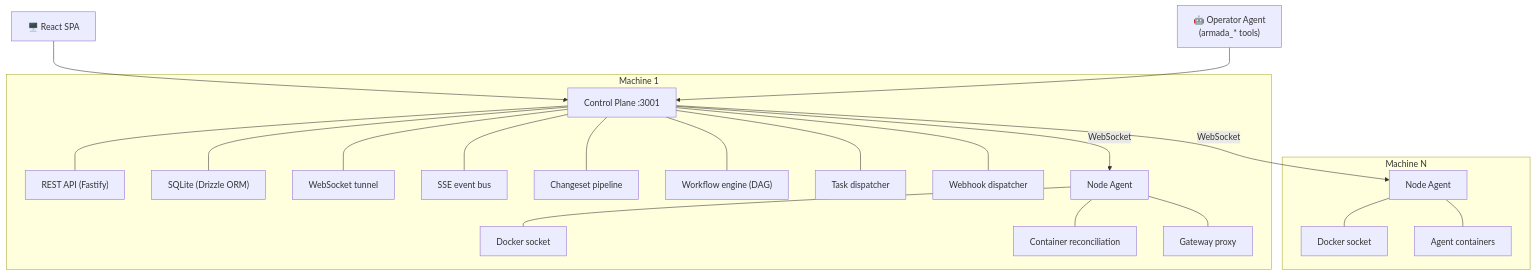
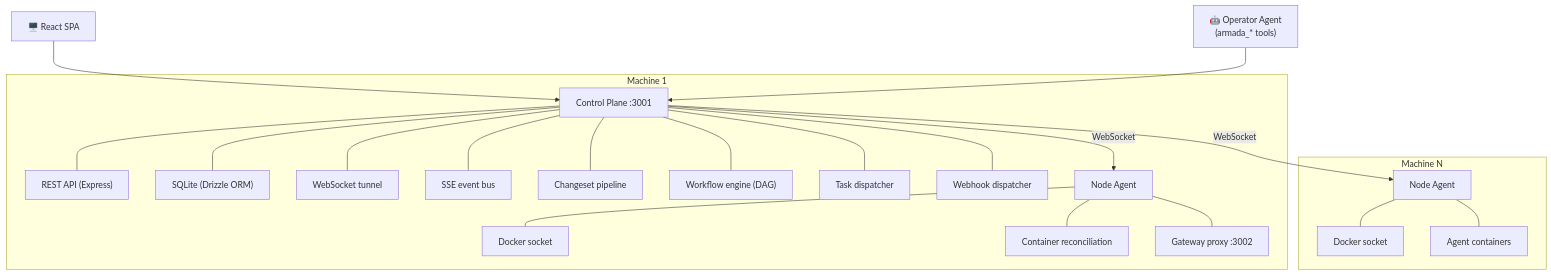
Before and after one commit to coderage-labs/armada: the diagram in docs/README.md, drawn with Mermaid. The commit also changed other lines of this file and 5 other files, not shown here.

First line of the commit message:
docs: fix inaccurate architecture and API documentation

````diff
--- a/docs/README.md
+++ b/docs/README.md
@@ -11,29 +11,29 @@
 ```mermaid
 graph TD
     subgraph Machine1["Machine 1"]
         CP["Control Plane :3001"]
-        CP --- API["REST API (Fastify)"]
+        CP --- API["REST API (Express)"]
         CP --- DBL["SQLite (Drizzle ORM)"]
         CP --- WS1["WebSocket tunnel"]
         CP --- SSE["SSE event bus"]
         CP --- CSP["Changeset pipeline"]
         CP --- WFE["Workflow engine (DAG)"]
         CP --- TDP["Task dispatcher"]
         CP --- WHD["Webhook dispatcher"]
         NA1["Node Agent"]
         NA1 --- DS1["Docker socket"]
         NA1 --- CR["Container reconciliation"]
-        NA1 --- GP["Gateway proxy"]
+        NA1 --- GP["Gateway proxy :3002"]
     end
 
     subgraph MachineN["Machine N"]
         NA2["Node Agent"]
         NA2 --- DS2["Docker socket"]
         NA2 --- AC["Agent containers"]
     end
 
     Browser["🖥️ React SPA"] --> CP
     Operator["🤖 Operator Agent\n(armada_* tools)"] --> CP
     CP -- "WebSocket" --> NA1
     CP -- "WebSocket" --> NA2
 ```
````
